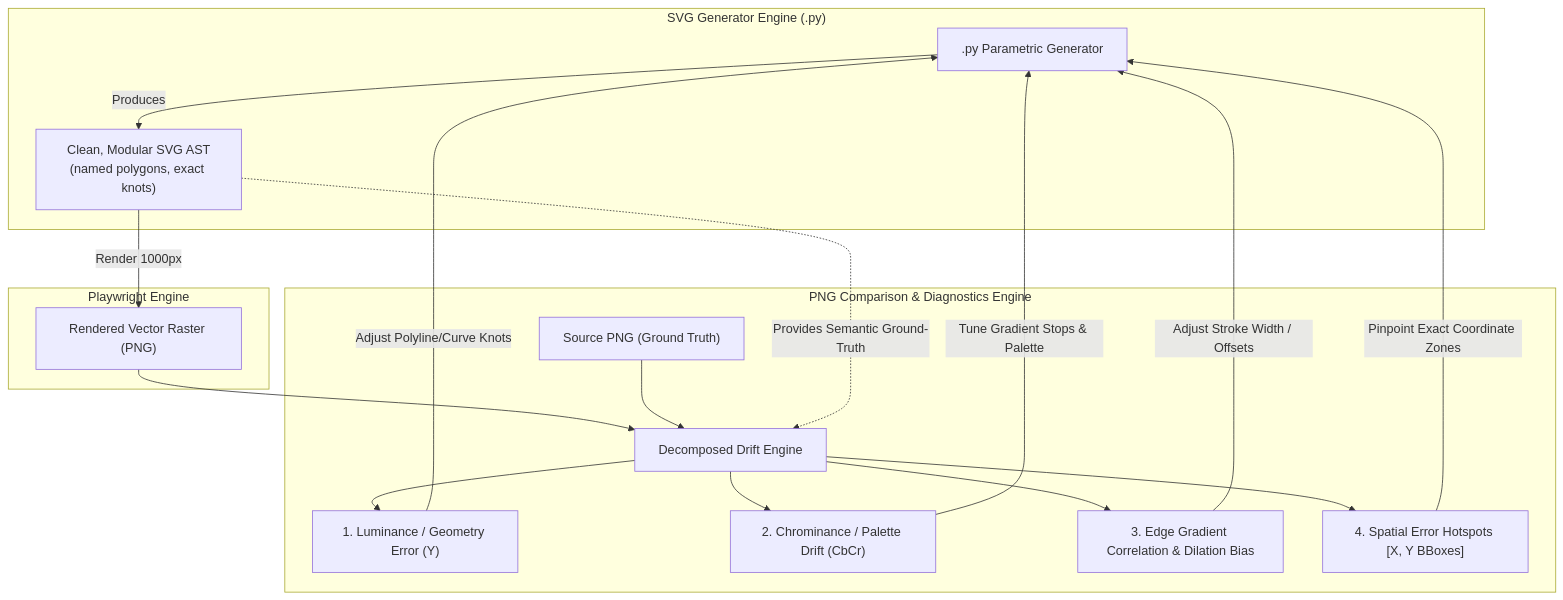
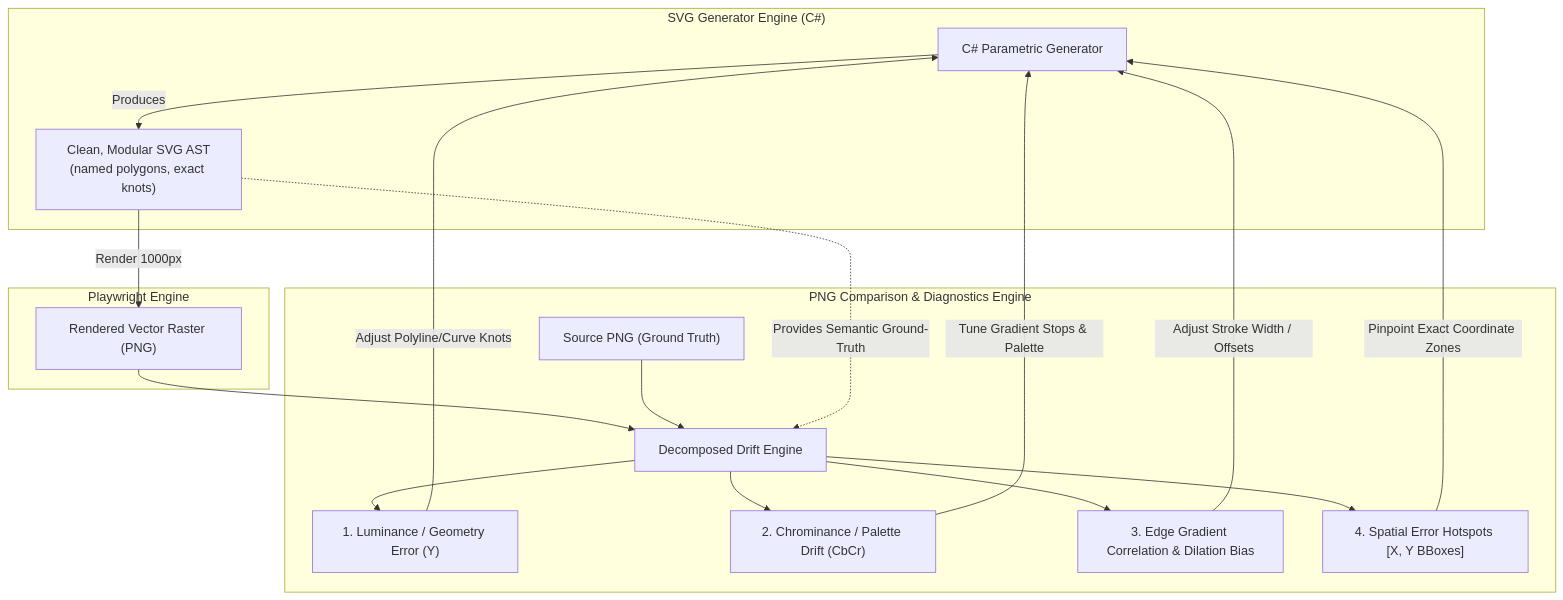
Before and after one commit to rtkelly13/rig: the third of 3 diagrams in docs/brand-assets/svg-simplification-and-reverse-engineering.md, drawn with Mermaid. The commit also changed other lines of this file and 59 other files, not shown here.

````diff
--- a/docs/brand-assets/svg-simplification-and-reverse-engineering.md
+++ b/docs/brand-assets/svg-simplification-and-reverse-engineering.md
@@ -219,25 +186,25 @@
 ```mermaid
 flowchart TD
-    subgraph SVG_Side ["SVG Generator Engine (.py)"]
-        A[".py Parametric Generator"] -->|Produces| B["Clean, Modular SVG AST\n(named polygons, exact knots)"]
+    subgraph SVG_Side ["SVG Generator Engine (C#)"]
+        A["C# Parametric Generator"] -->|Produces| B["Clean, Modular SVG AST\n(named polygons, exact knots)"]
     end
     
     subgraph Render_Side ["Playwright Engine"]
         B -->|Render 1000px| C["Rendered Vector Raster (PNG)"]
     end
     
     subgraph PNG_Side ["PNG Comparison & Diagnostics Engine"]
         C & D["Source PNG (Ground Truth)"] --> E["Decomposed Drift Engine"]
         E --> F["1. Luminance / Geometry Error (Y)"]
         E --> G["2. Chrominance / Palette Drift (CbCr)"]
         E --> H["3. Edge Gradient Correlation & Dilation Bias"]
         E --> I["4. Spatial Error Hotspots [X, Y BBoxes]"]
     end
     
     F -->|Adjust Polyline/Curve Knots| A
     G -->|Tune Gradient Stops & Palette| A
     H -->|Adjust Stroke Width / Offsets| A
     I -->|Pinpoint Exact Coordinate Zones| A
     
     B -.->|Provides Semantic Ground-Truth| E
 ```
````
